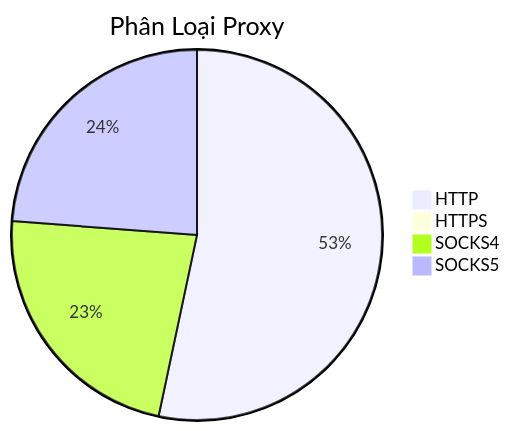
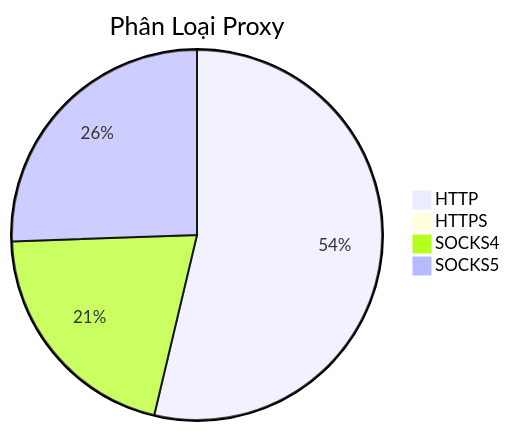
The diagram in README.md (Ciara-12/PROXY-free), drawn with Mermaid before and after one commit. The commit also changed other lines of this file and 4 other files, not shown here.

````diff
--- a/README.md
+++ b/README.md
@@ -26,7 +26,7 @@
 ```mermaid
 pie title Phân Loại Proxy
-    "HTTP" : 986
-    "HTTPS" : 1
-    "SOCKS4" : 423
-    "SOCKS5" : 440
+    "HTTP" : 1057
+    "HTTPS" : 0
+    "SOCKS4" : 408
+    "SOCKS5" : 503
 ```
````
